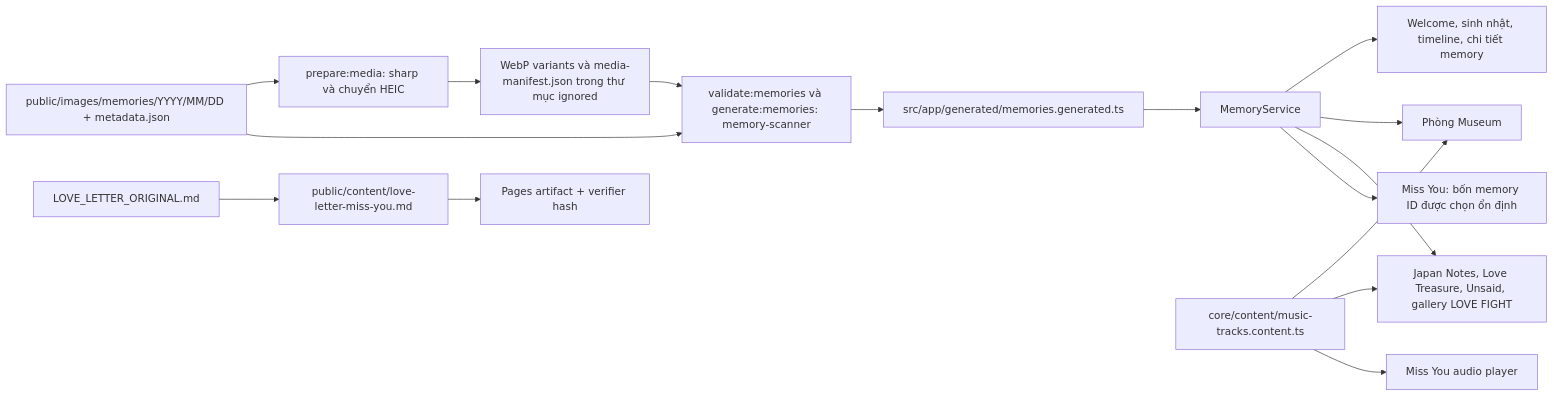
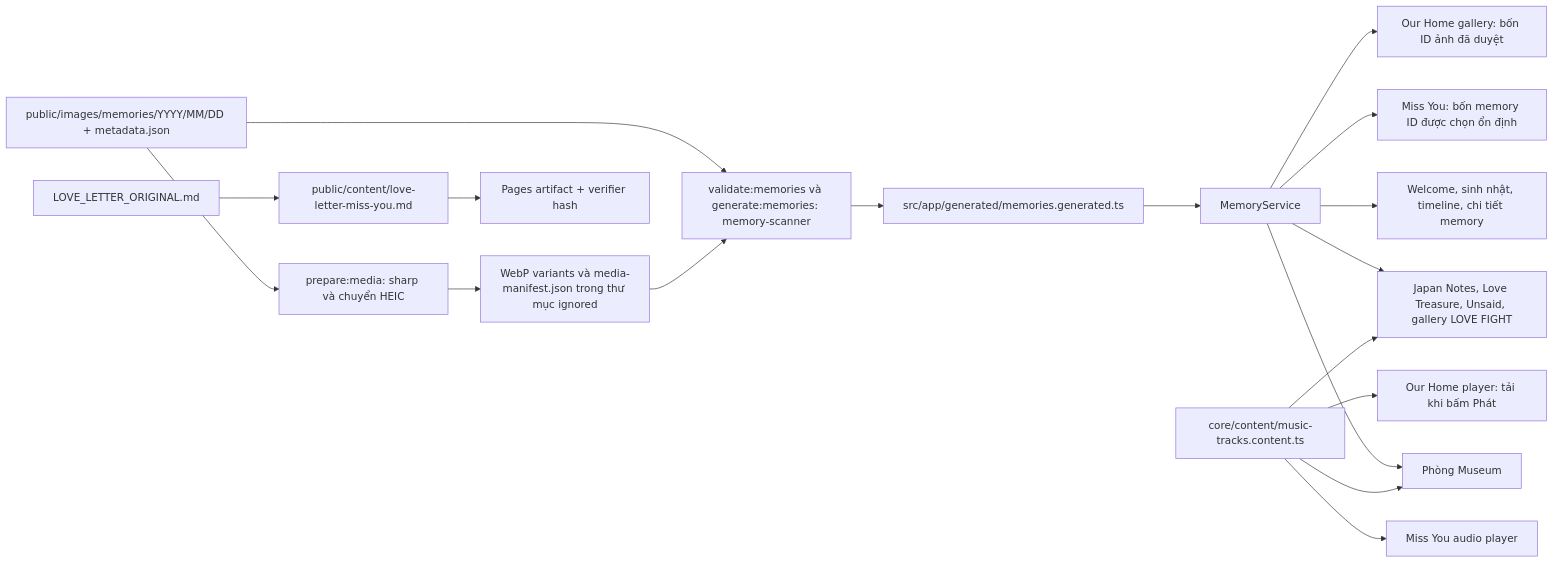
Before and after one commit to daovanhung-dev/hung-quynh-our-story: the diagram in .agent/PROJECT_MAP.md, drawn with Mermaid. The commit also changed other lines of this file and 33 other files, not shown here.

Commit message:
feat(our-home): add interactive home experience

````diff
--- a/.agent/PROJECT_MAP.md
+++ b/.agent/PROJECT_MAP.md
@@ -27,18 +28,20 @@
 ```mermaid
 flowchart LR
   A[public/images/memories/YYYY/MM/DD + metadata.json] --> B[prepare:media: sharp và chuyển HEIC]
   B --> C[WebP variants và media-manifest.json trong thư mục ignored]
   A --> D[validate:memories và generate:memories: memory-scanner]
   C --> D
   D --> E[src/app/generated/memories.generated.ts]
   E --> F[MemoryService]
   F --> G[Welcome, sinh nhật, timeline, chi tiết memory]
   F --> H[Phòng Museum]
   F --> I[Japan Notes, Love Treasure, Unsaid, gallery LOVE FIGHT]
   F --> J[Miss You: bốn memory ID được chọn ổn định]
   K[core/content/music-tracks.content.ts] --> H
   K --> I
   K --> L[Miss You audio player]
+  F --> P[Our Home gallery: bốn ID ảnh đã duyệt]
+  K --> Q[Our Home player: tải khi bấm Phát]
   M[LOVE_LETTER_ORIGINAL.md] --> N[public/content/love-letter-miss-you.md]
   N --> O[Pages artifact + verifier hash]
 ```
````
